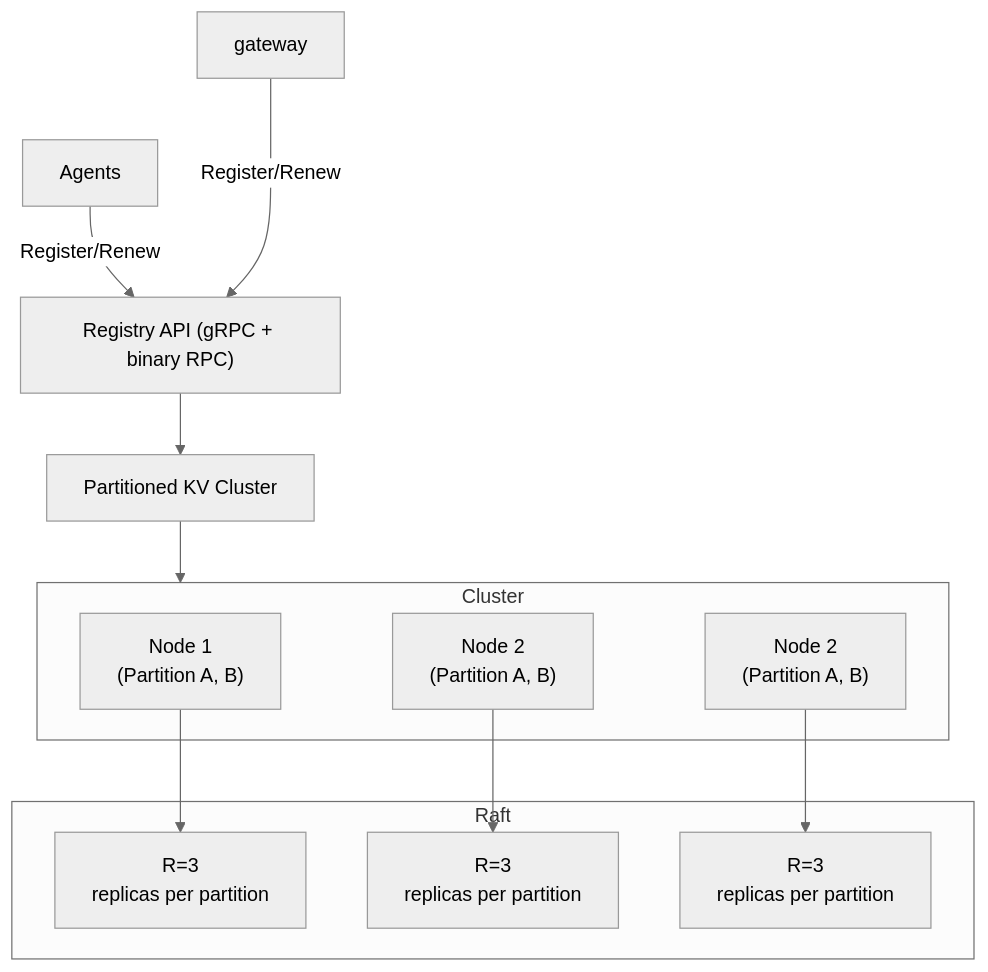
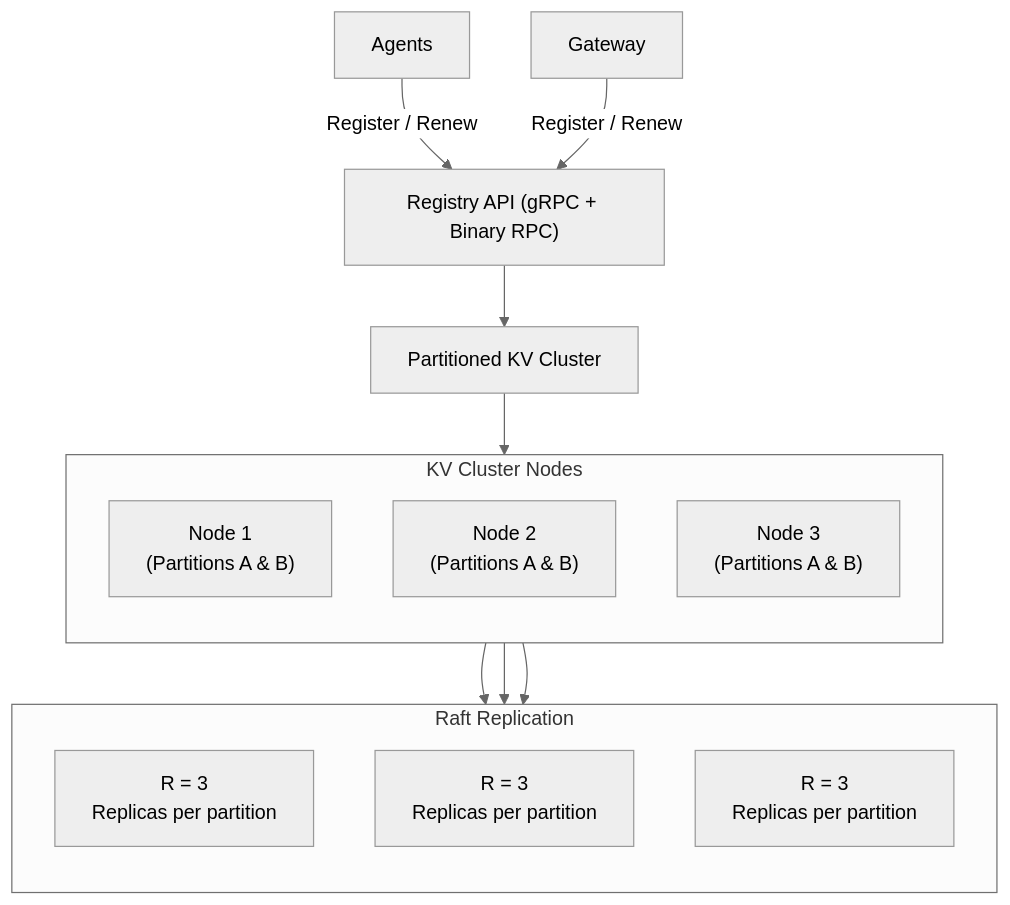
The first of 2 diagrams in registry/documentations/registry.md (dipghoshraj/ingress-tunnel), drawn with Mermaid (neutral theme) before and after one commit.

Commit message:
update the HLD

````diff
--- a/registry/documentations/registry.md
+++ b/registry/documentations/registry.md
@@ -50,33 +50,37 @@
 ```mermaid
 flowchart TD
+    %% Agents and Gateway
+    A[Agents] -->|Register / Renew| CRS["Registry API (gRPC + Binary RPC)"]
+    B[Gateway] -->|Register / Renew| CRS
 
-    A[Agents] -->|Register/Renew| CRS["Registry API (gRPC + binary RPC)"]
-    B[gateway] --->|Register/Renew| CRS
-
+    %% Registry to KV
     CRS --> KV[Partitioned KV Cluster]
-
-
-    subgraph Cluster
+    
+    %% KV Cluster Nodes
+    subgraph Cluster [KV Cluster Nodes]
+        direction TB
         Node1["Node 1
-        (Partition A, B)"]
+        (Partitions A & B)"]
         Node2["Node 2
-        (Partition A, B)"]
-        Node3["Node 2 
-        (Partition A, B)"]
+        (Partitions A & B)"]
+        Node3["Node 3
+        (Partitions A & B)"]
     end
 
     KV --> Cluster
 
-    subgraph Raft
-        R1[R=3 
-        replicas per partition]
-        R2[R=3 
-        replicas per partition]
-        R3[R=3 
-        replicas per partition]
+    %% Raft Replicas
+    subgraph Raft [Raft Replication]
+        direction TB
+        R1["R = 3
+        Replicas per partition"]
+        R2["R = 3
+        Replicas per partition"]
+        R3["R = 3
+        Replicas per partition"]
     end
 
     Node1 --> R1
     Node2 --> R2
     Node3 --> R3
 ```
````
